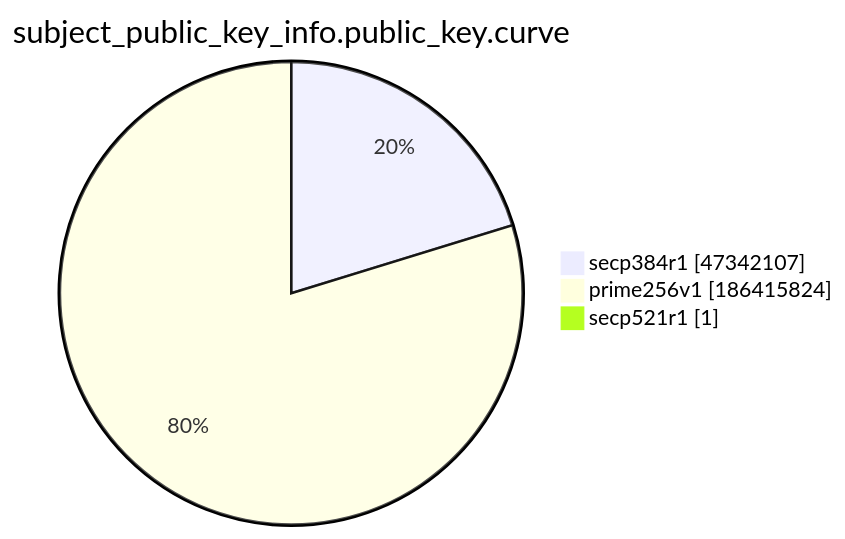
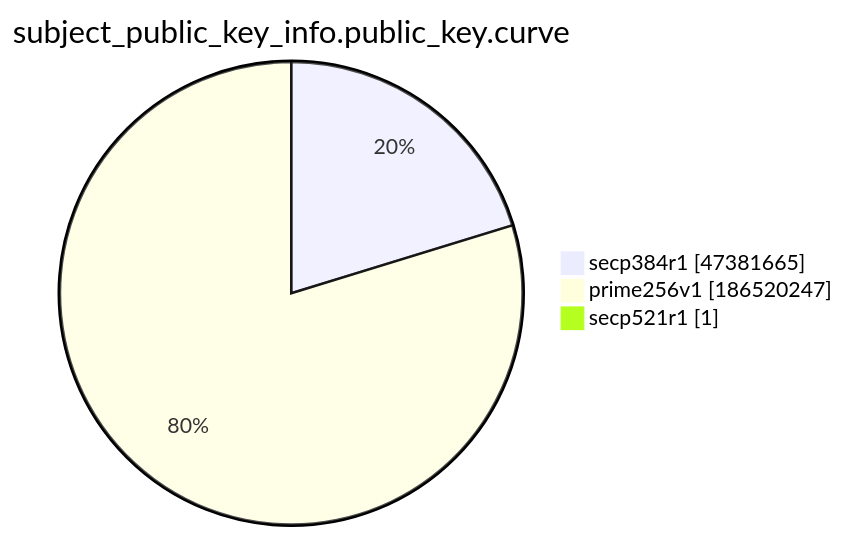
The ninth of 15 diagrams in xenon2022/README.md (christiankrug/ctmonitor_visualization), drawn with Mermaid before and after one commit. The commit also changed other lines of this file, not shown here.

````diff
--- a/xenon2022/README.md
+++ b/xenon2022/README.md
@@ -2874,7 +2874,7 @@
 ```mermaid
 pie showData
 title subject_public_key_info.public_key.curve
-"secp384r1" :47342107
-"prime256v1" :186415824
+"secp384r1" :47381665
+"prime256v1" :186520247
 "secp521r1" :1
 ```
````
